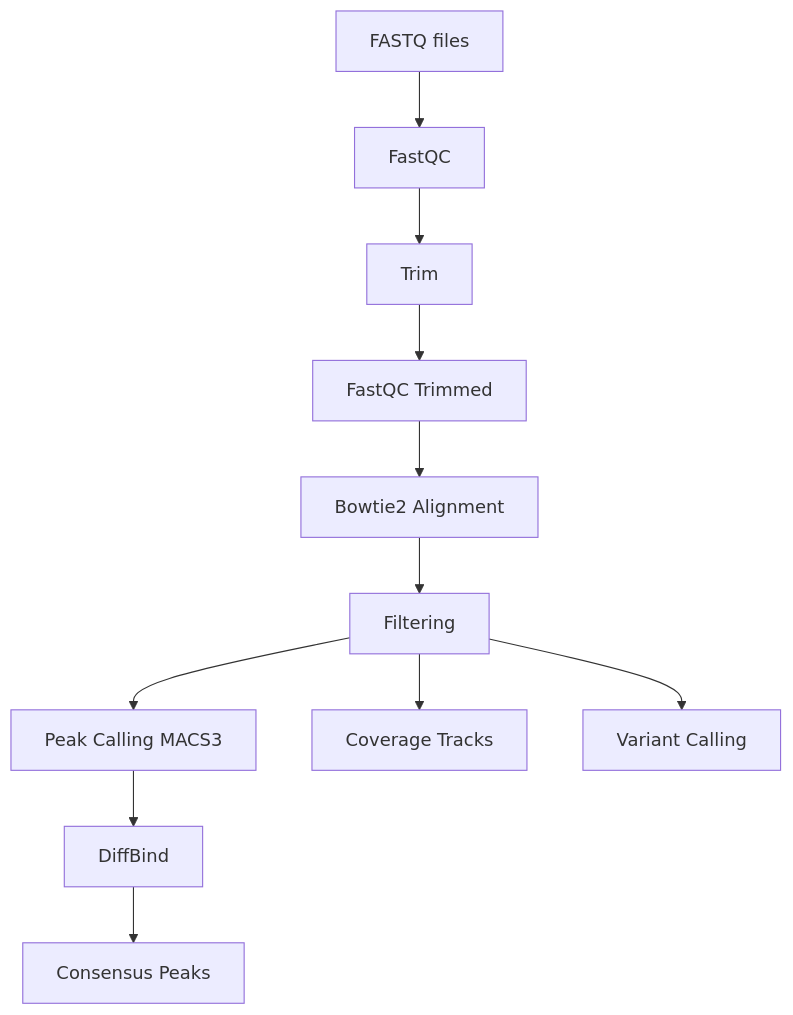
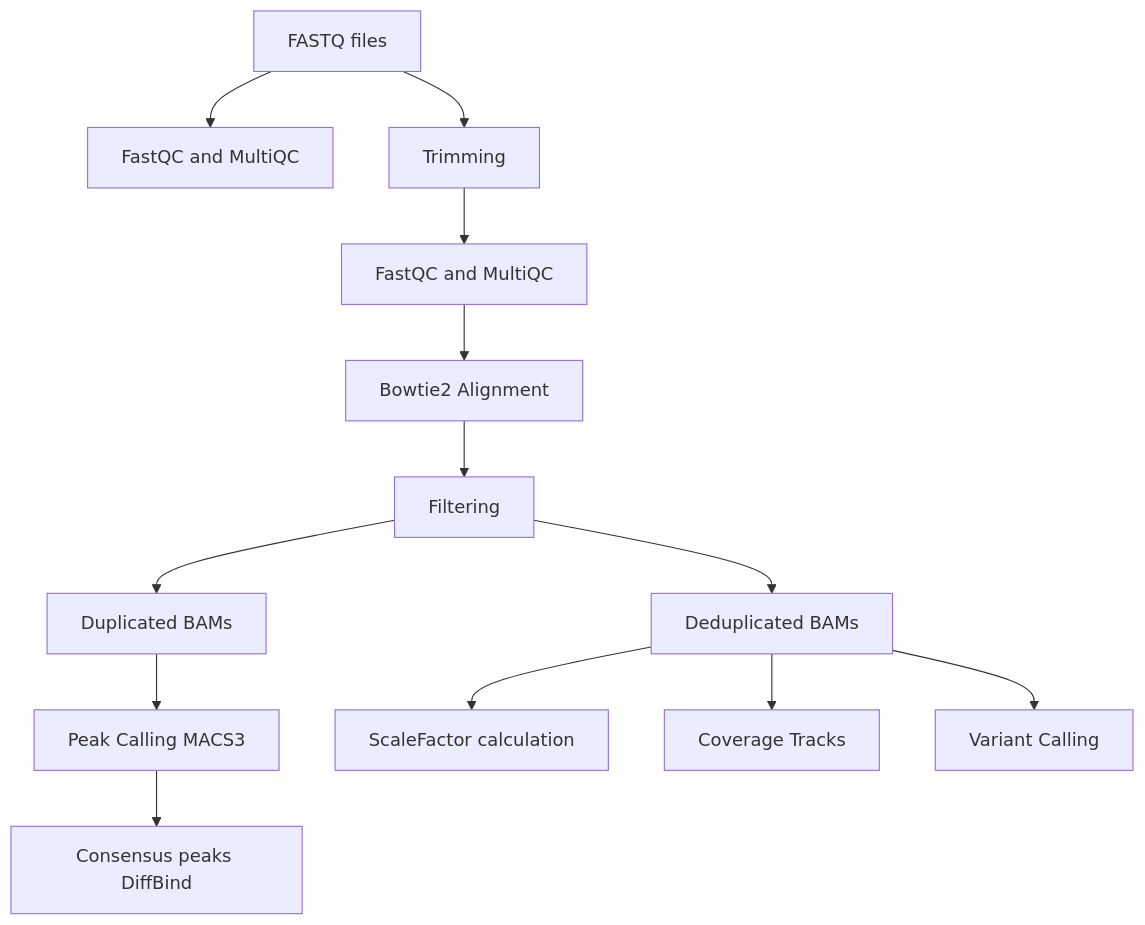
One commit to CarlosRangel23/CutTagFlow changed the first of 2 diagrams in README.md. Above: the diagram before and after it, drawn with Mermaid. The commit also changed other lines of this file, not shown here.

````diff
--- a/README.md
+++ b/README.md
@@ -18,15 +20,15 @@
 ```mermaid
 flowchart TD
-    A[FASTQ files] --> B[FastQC]
-    B --> C[Trim]
-    C --> D[FastQC Trimmed]
+    A[FASTQ files] --> B[FastQC and MultiQC]
+    A --> C[Trimming]
+    C --> D[FastQC and MultiQC]
     D --> E[Bowtie2 Alignment]
     E --> F[Filtering]
-
-    F --> G[Peak Calling MACS3]
-    G --> H[DiffBind]
-    H --> I[Consensus Peaks]
-
-    F --> J[Coverage Tracks]
-    F --> K[Variant Calling]
+    F --> G[Duplicated BAMs]
+    F --> H[Deduplicated BAMs]
+    G --> I[Peak Calling MACS3]
+    I --> J[Consensus peaks DiffBind]
+    H --> K[ScaleFactor calculation]
+    H --> L[Coverage Tracks]
+    H --> M[Variant Calling]
 ```
````
